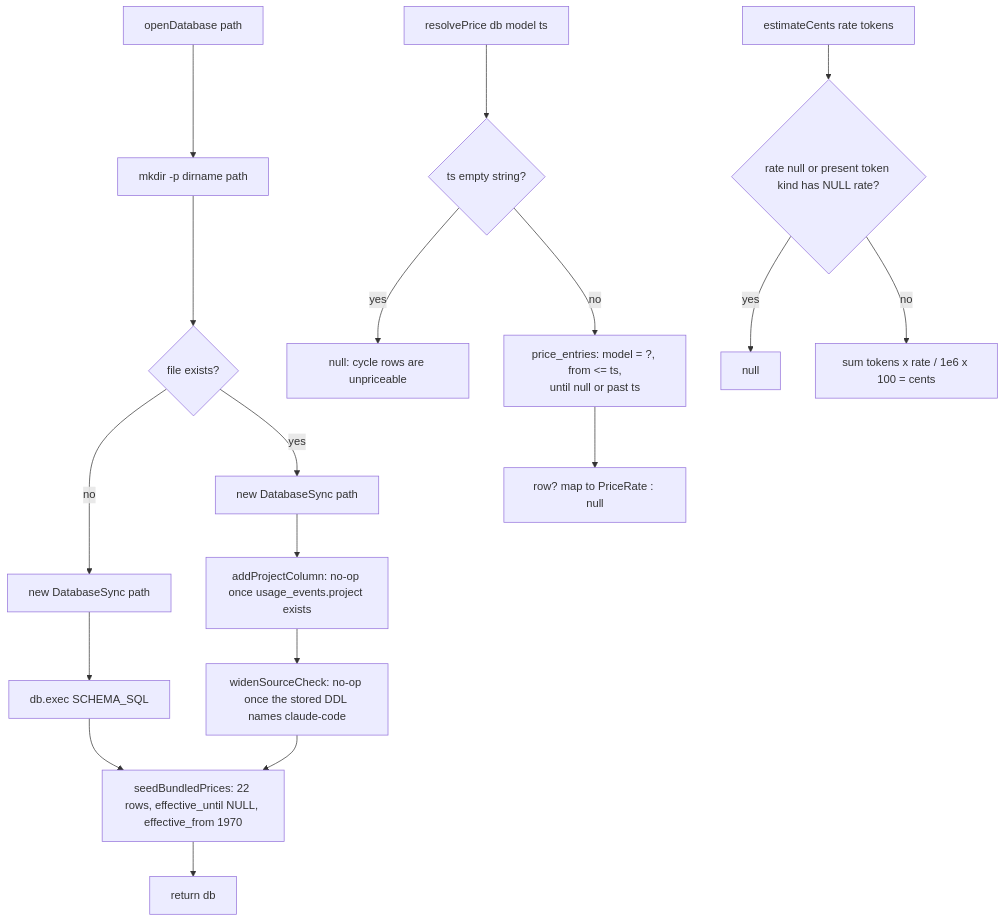
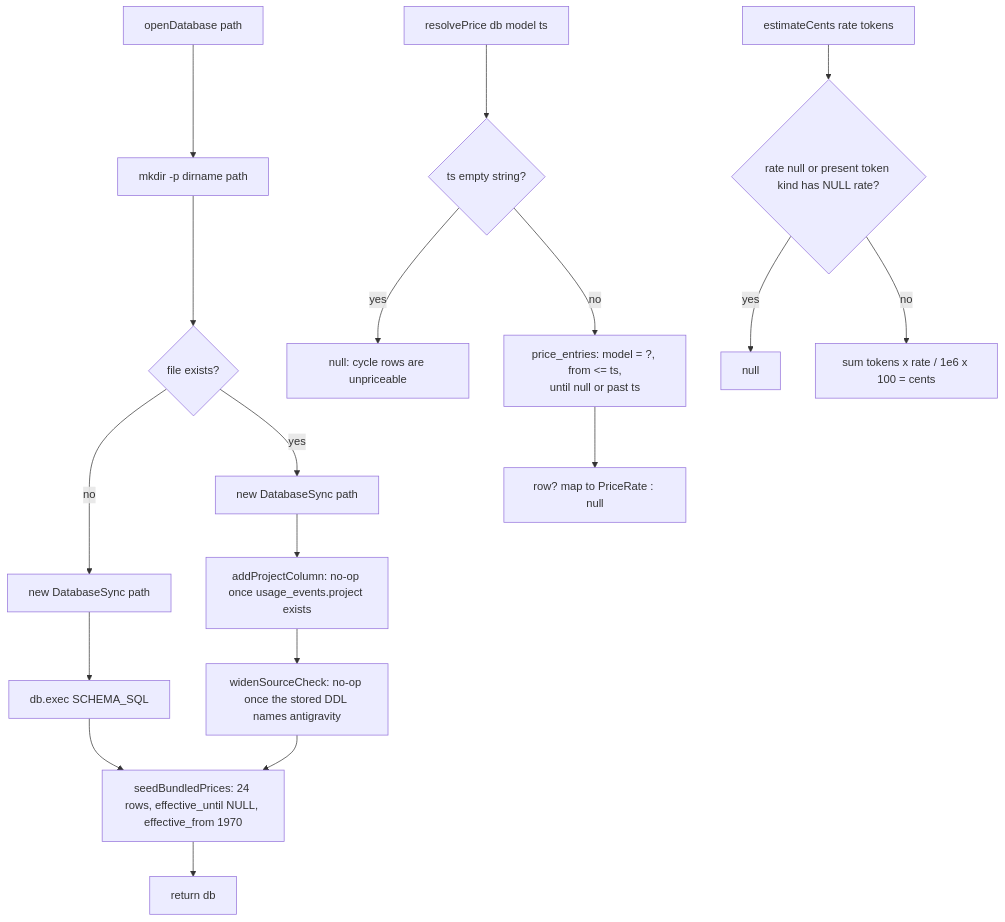
The diagram in docs/architecture/05-database.md (prajwal-hebbar-07/prompt-burn), drawn with Mermaid before and after one commit. The commit also changed other lines of this file and 14 other files, not shown here.

````diff
--- a/docs/architecture/05-database.md
+++ b/docs/architecture/05-database.md
@@ -63,20 +63,20 @@
 ```mermaid
 flowchart TD
     A[openDatabase path] --> B[mkdir -p dirname path]
     B --> C{file exists?}
     C -- no --> D[new DatabaseSync path]
     D --> E[db.exec SCHEMA_SQL]
-    E --> F[seedBundledPrices: 22 rows, effective_until NULL, effective_from 1970]
+    E --> F[seedBundledPrices: 24 rows, effective_until NULL, effective_from 1970]
     C -- yes --> D2[new DatabaseSync path]
     D2 --> M1[addProjectColumn: no-op once usage_events.project exists]
-    M1 --> M2[widenSourceCheck: no-op once the stored DDL names claude-code]
+    M1 --> M2[widenSourceCheck: no-op once the stored DDL names antigravity]
     M2 --> F
     F --> G[return db]
     H[resolvePrice db model ts] --> I{ts empty string?}
     I -- yes --> J[null: cycle rows are unpriceable]
     I -- no --> K[price_entries: model = ?, from <= ts,<br>until null or past ts]
     K --> L[row? map to PriceRate : null]
     M[estimateCents rate tokens] --> N{rate null or present token kind has NULL rate?}
     N -- yes --> O[null]
     N -- no --> P[sum tokens x rate / 1e6 x 100 = cents]
 ```
````
